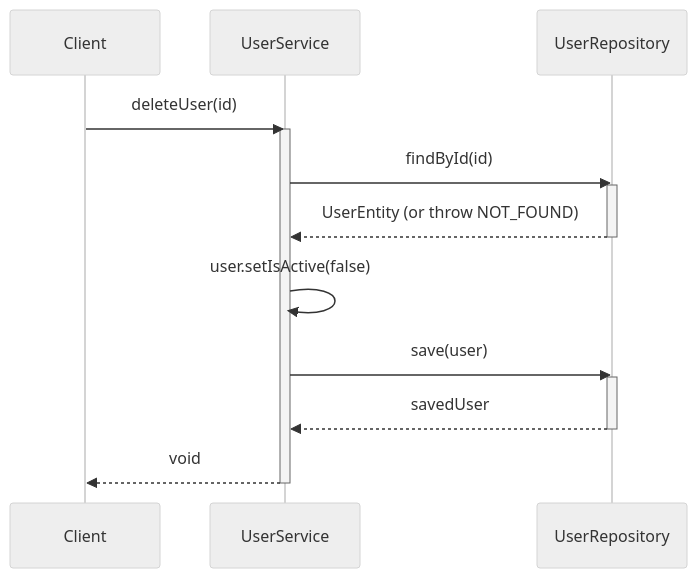
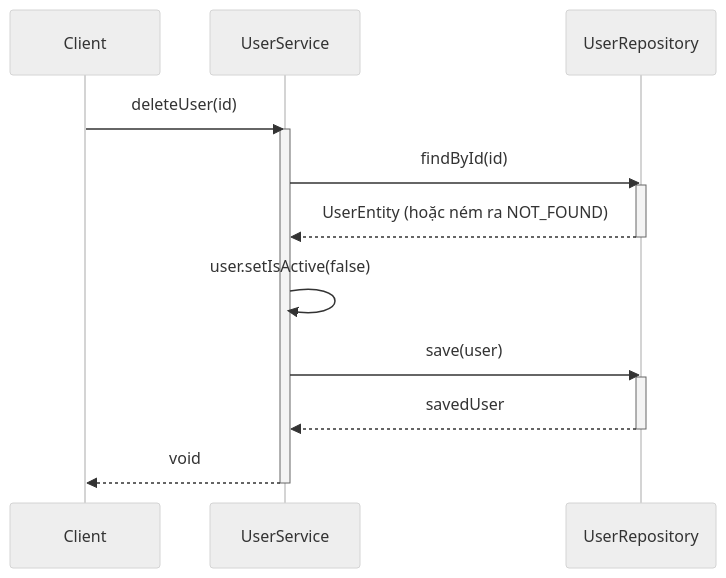
Before and after one commit to aquoc09/easymall: the fourth of 5 diagrams in .agent/sequence/user_service_sequence_diagrams.md, drawn with Mermaid (neutral theme). The commit also changed other lines of this file and 18 other files, not shown here.

Commit message:
UPDATE: Sequence diagram vietnamese

````diff
--- a/.agent/sequence/user_service_sequence_diagrams.md
+++ b/.agent/sequence/user_service_sequence_diagrams.md
@@ -120,24 +120,24 @@
 ```mermaid
 sequenceDiagram
     participant Client
     participant UserService
     participant UserRepository
 
     Client->>UserService: deleteUser(id)
     activate UserService
 
     UserService->>UserRepository: findById(id)
     activate UserRepository
-    UserRepository-->>UserService: UserEntity (or throw NOT_FOUND)
+    UserRepository-->>UserService: UserEntity (hoặc ném ra NOT_FOUND)
     deactivate UserRepository
 
     UserService->>UserService: user.setIsActive(false)
 
     UserService->>UserRepository: save(user)
     activate UserRepository
     UserRepository-->>UserService: savedUser
     deactivate UserRepository
 
     UserService-->>Client: void
     deactivate UserService
 ```
````
